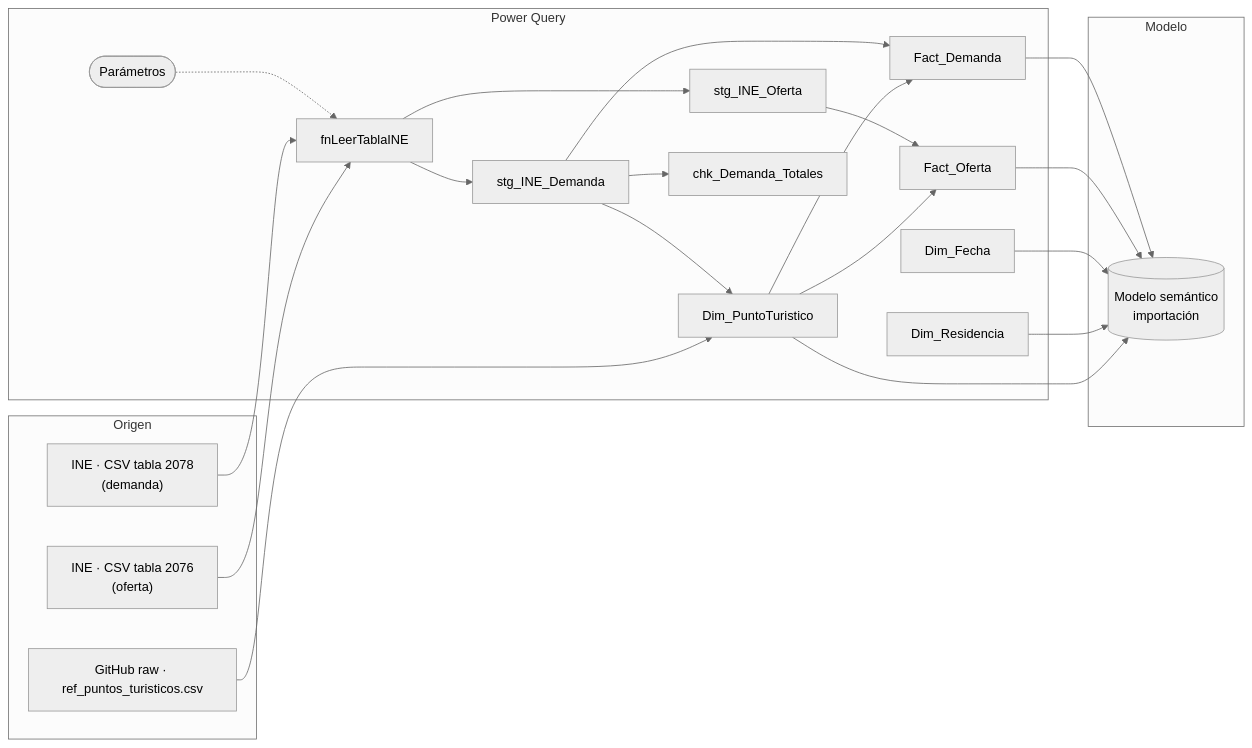
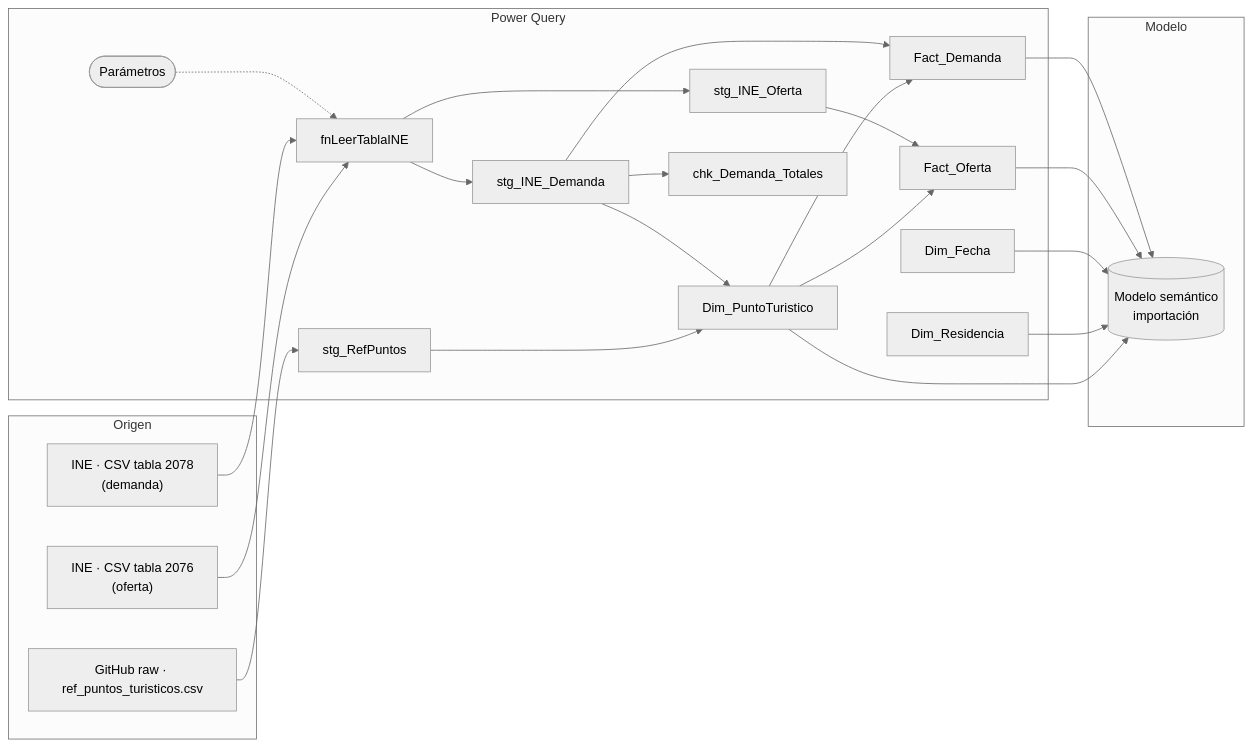
Before and after one commit to alejandrodomingo05-debug/turismo-gijon-powerbi: the first of 2 diagrams in docs/GUIA_DESARROLLO.md, drawn with Mermaid (neutral theme). The commit also changed other lines of this file and 61 other files, not shown here.

````diff
--- a/docs/GUIA_DESARROLLO.md
+++ b/docs/GUIA_DESARROLLO.md
@@ -55,27 +57,28 @@
 ```mermaid
 flowchart LR
     subgraph Origen
         A["INE · CSV tabla 2078<br/>(demanda)"]
         B["INE · CSV tabla 2076<br/>(oferta)"]
         R["GitHub raw · ref_puntos_turisticos.csv"]
     end
     subgraph "Power Query"
         P(["Parámetros"]) -.-> F["fnLeerTablaINE"]
         A --> F
         B --> F
         F --> S1["stg_INE_Demanda"]
         F --> S2["stg_INE_Oferta"]
+        R --> S3["stg_RefPuntos"]
         S1 --> DP["Dim_PuntoTuristico"]
-        R --> DP
+        S3 --> DP
         S1 --> FD["Fact_Demanda"]
         S2 --> FO["Fact_Oferta"]
         DP --> FD
         DP --> FO
         DF["Dim_Fecha"]
         DR["Dim_Residencia"]
         S1 --> Q["chk_Demanda_Totales"]
     end
     subgraph Modelo
         FD & FO & DF & DR & DP --> M[("Modelo semántico<br/>importación")]
     end
 ```
````
